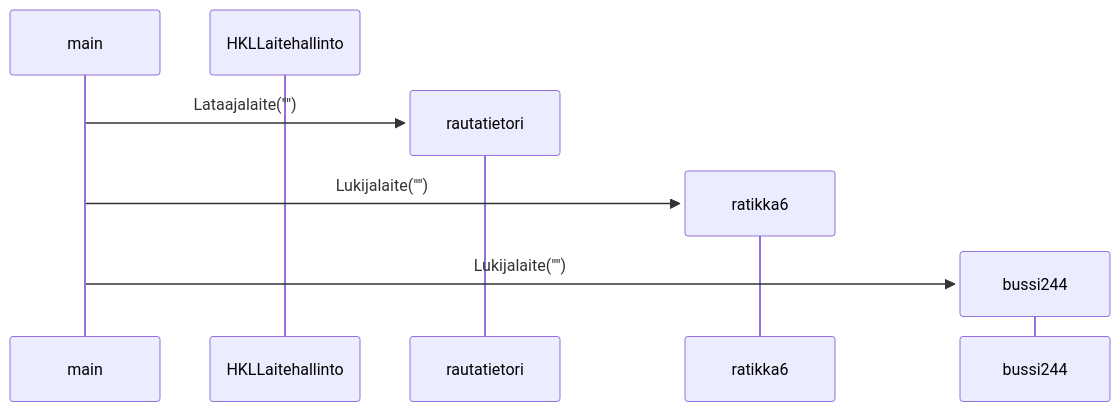
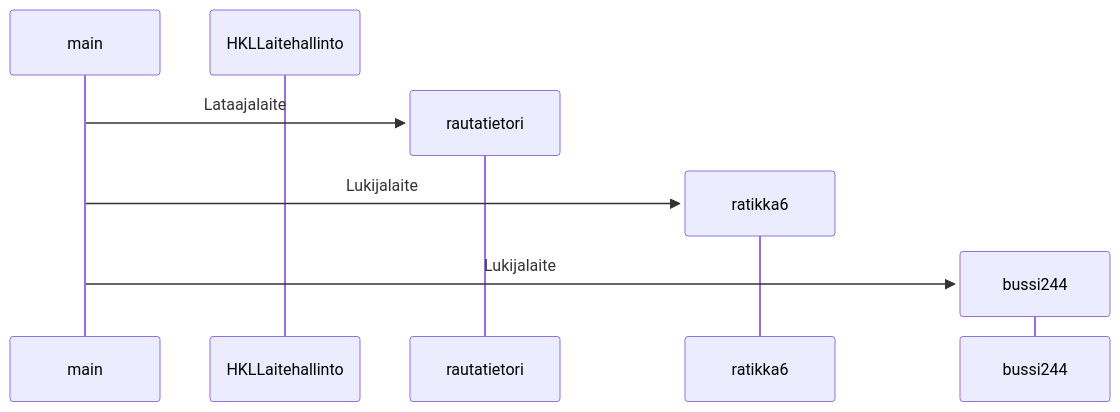
One commit to Nanotiike/ot-harjoitustyo changed the diagram in laskarit/viikko3/hsl-sekvenssikaavio.md. Above: the diagram before and after it, drawn with Mermaid.

````diff
--- a/laskarit/viikko3/hsl-sekvenssikaavio.md
+++ b/laskarit/viikko3/hsl-sekvenssikaavio.md
@@ -3,11 +3,11 @@
 ```mermaid
   sequenceDiagram
     participant main
     participant HKLLaitehallinto
     create participant rautatietori
-    main->>rautatietori: Lataajalaite("")
+    main->>rautatietori: Lataajalaite
     create participant ratikka6
-    main->>ratikka6: Lukijalaite("")
+    main->>ratikka6: Lukijalaite
     create participant bussi244
-    main->>bussi244: Lukijalaite("") 
+    main->>bussi244: Lukijalaite 
 ```
````
